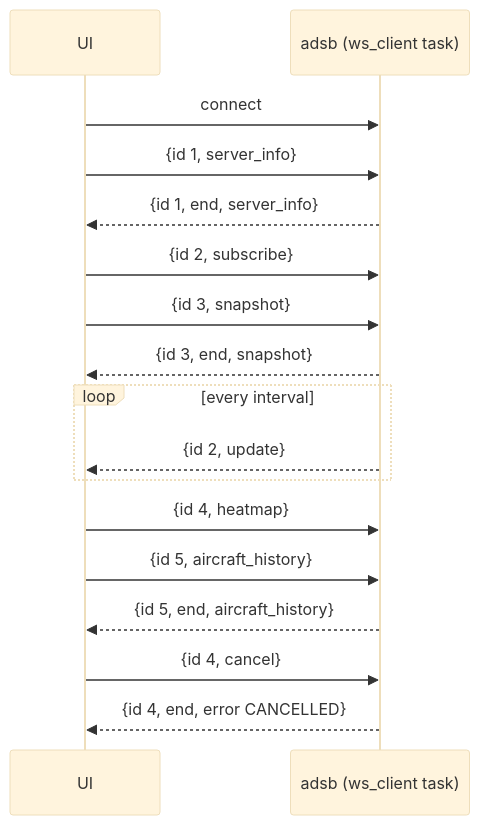
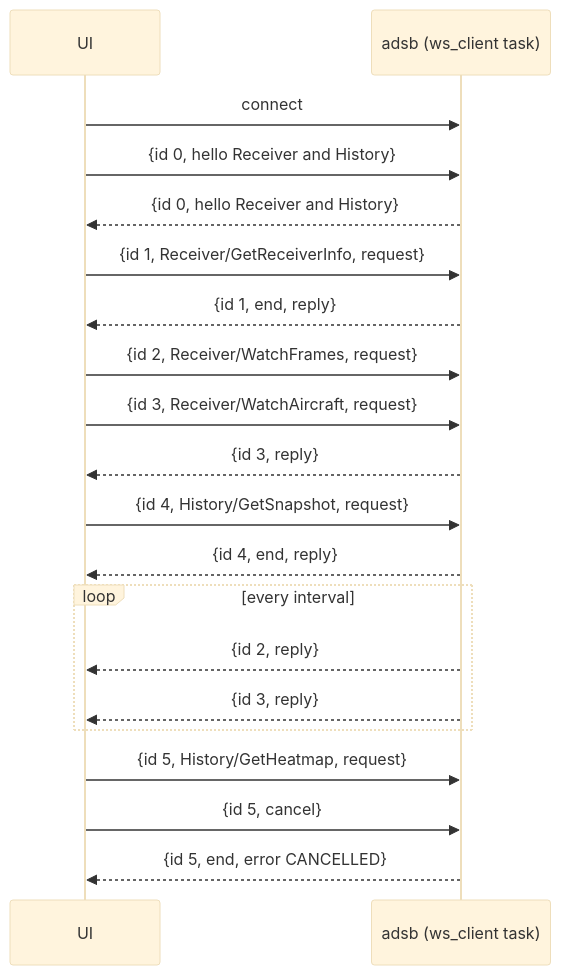
One commit to bts164/ADSB-Decoder changed the first of 2 diagrams in doc/design/ui_api.md. Above: the diagram before and after it, drawn with Mermaid (base theme). The commit also changed other lines of this file and 69 other files, not shown here.

````diff
--- a/doc/design/ui_api.md
+++ b/doc/design/ui_api.md
@@ -92,19 +223,22 @@
 ```mermaid
 sequenceDiagram
     participant UI
     participant S as adsb (ws_client task)
     UI->>S: connect
-    UI->>S: {id 1, server_info}
-    S-->>UI: {id 1, end, server_info}
-    UI->>S: {id 2, subscribe}
-    UI->>S: {id 3, snapshot}
-    S-->>UI: {id 3, end, snapshot}
+    UI->>S: {id 0, hello Receiver and History}
+    S-->>UI: {id 0, hello Receiver and History}
+    UI->>S: {id 1, Receiver/GetReceiverInfo, request}
+    S-->>UI: {id 1, end, reply}
+    UI->>S: {id 2, Receiver/WatchFrames, request}
+    UI->>S: {id 3, Receiver/WatchAircraft, request}
+    S-->>UI: {id 3, reply}
+    UI->>S: {id 4, History/GetSnapshot, request}
+    S-->>UI: {id 4, end, reply}
     loop every interval
-        S-->>UI: {id 2, update}
+        S-->>UI: {id 2, reply}
+        S-->>UI: {id 3, reply}
     end
-    UI->>S: {id 4, heatmap}
-    UI->>S: {id 5, aircraft_history}
-    S-->>UI: {id 5, end, aircraft_history}
-    UI->>S: {id 4, cancel}
-    S-->>UI: {id 4, end, error CANCELLED}
+    UI->>S: {id 5, History/GetHeatmap, request}
+    UI->>S: {id 5, cancel}
+    S-->>UI: {id 5, end, error CANCELLED}
 ```
````
